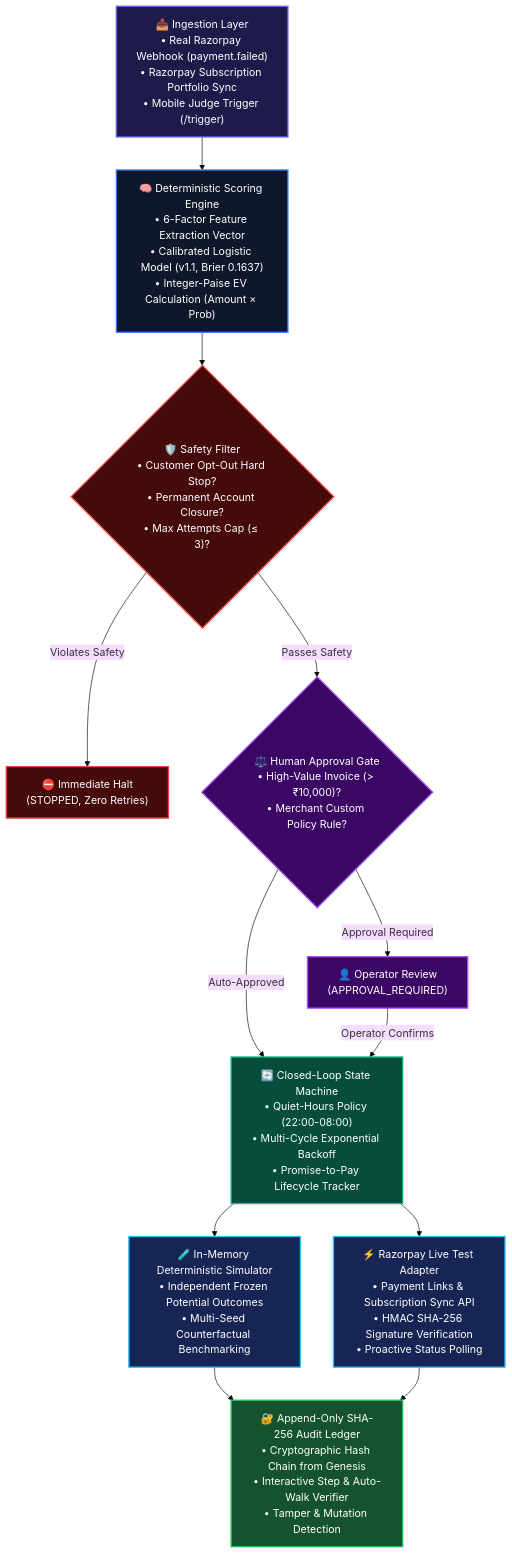
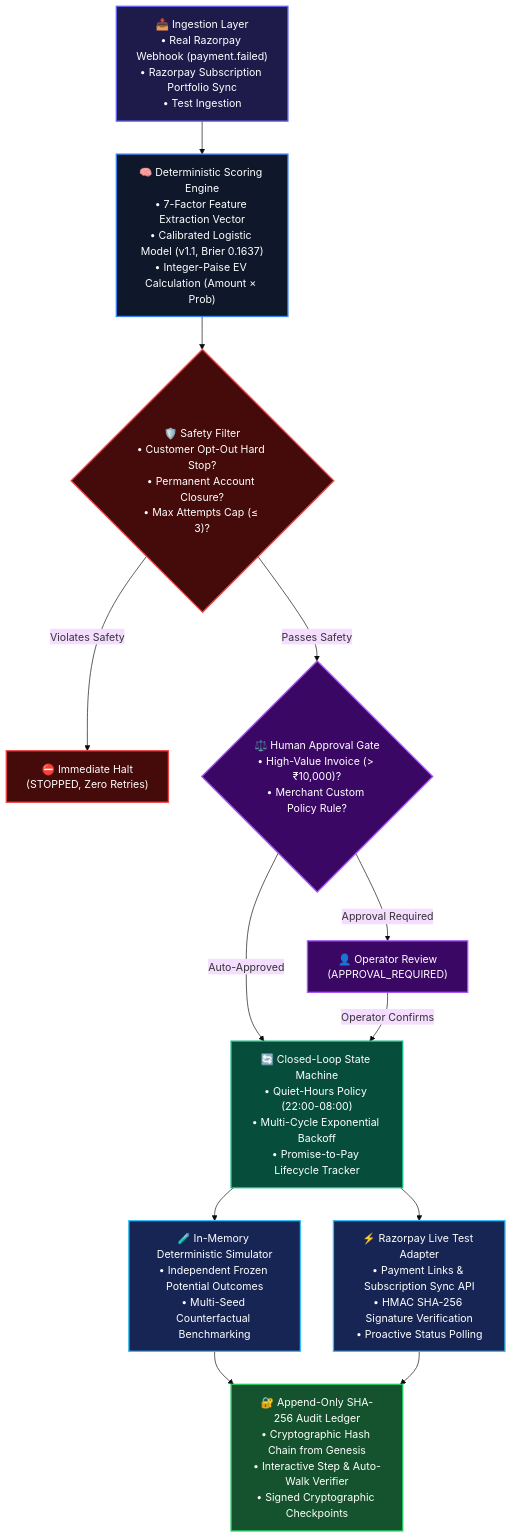
The first of 2 diagrams in docs/ARCHITECTURE.md (skmdshariff143-ai/recoverflow-ai), drawn with Mermaid (base theme) before and after one commit. The commit also changed other lines of this file and 6 other files, not shown here.

Commit message:
docs: overhaul portfolio documentation, architecture, threat model, and interview prep

````diff
--- a/docs/ARCHITECTURE.md
+++ b/docs/ARCHITECTURE.md
@@ -11,42 +20,42 @@
 ```mermaid
 flowchart TD
     classDef startNode fill:#1e1b4b,stroke:#6366f1,stroke-width:2px,color:#fff;
     classDef engineNode fill:#0f172a,stroke:#3b82f6,stroke-width:2px,color:#fff;
     classDef safetyNode fill:#450a0a,stroke:#ef4444,stroke-width:2px,color:#fff;
     classDef gateNode fill:#3b0764,stroke:#a855f7,stroke-width:2px,color:#fff;
     classDef stateNode fill:#064e3b,stroke:#10b981,stroke-width:2px,color:#fff;
     classDef branch fill:#172554,stroke:#38bdf8,stroke-width:2px,color:#fff;
     classDef ledgerNode fill:#14532d,stroke:#22c55e,stroke-width:2px,color:#fff;
 
-    A["📥 Ingestion Layer<br/>• Real Razorpay Webhook (payment.failed)<br/>• Razorpay Subscription Portfolio Sync<br/>• Mobile Judge Trigger (/trigger)"]:::startNode
+    A["📥 Ingestion Layer<br/>• Real Razorpay Webhook (payment.failed)<br/>• Razorpay Subscription Portfolio Sync<br/>• Test Ingestion"]:::startNode
     
-    B["🧠 Deterministic Scoring Engine<br/>• 6-Factor Feature Extraction Vector<br/>• Calibrated Logistic Model (v1.1, Brier 0.1637)<br/>• Integer-Paise EV Calculation (Amount × Prob)"]:::engineNode
+    B["🧠 Deterministic Scoring Engine<br/>• 7-Factor Feature Extraction Vector<br/>• Calibrated Logistic Model (v1.1, Brier 0.1637)<br/>• Integer-Paise EV Calculation (Amount × Prob)"]:::engineNode
 
     C{"🛡️ Safety Filter<br/>• Customer Opt-Out Hard Stop?<br/>• Permanent Account Closure?<br/>• Max Attempts Cap (≤ 3)?"}:::safetyNode
 
     D["⛔ Immediate Halt<br/>(STOPPED, Zero Retries)"]:::safetyNode
 
     E{"⚖️ Human Approval Gate<br/>• High-Value Invoice (> ₹10,000)?<br/>• Merchant Custom Policy Rule?"}:::gateNode
 
     F["👤 Operator Review<br/>(APPROVAL_REQUIRED)"]:::gateNode
 
     G["🔄 Closed-Loop State Machine<br/>• Quiet-Hours Policy (22:00-08:00)<br/>• Multi-Cycle Exponential Backoff<br/>• Promise-to-Pay Lifecycle Tracker"]:::stateNode
 
     H1["🧪 In-Memory Deterministic Simulator<br/>• Independent Frozen Potential Outcomes<br/>• Multi-Seed Counterfactual Benchmarking"]:::branch
 
     H2["⚡ Razorpay Live Test Adapter<br/>• Payment Links & Subscription Sync API<br/>• HMAC SHA-256 Signature Verification<br/>• Proactive Status Polling"]:::branch
 
-    I["🔐 Append-Only SHA-256 Audit Ledger<br/>• Cryptographic Hash Chain from Genesis<br/>• Interactive Step & Auto-Walk Verifier<br/>• Tamper & Mutation Detection"]:::ledgerNode
+    I["🔐 Append-Only SHA-256 Audit Ledger<br/>• Cryptographic Hash Chain from Genesis<br/>• Interactive Step & Auto-Walk Verifier<br/>• Signed Cryptographic Checkpoints"]:::ledgerNode
 
     A --> B
     B --> C
     C -- "Violates Safety" --> D
     C -- "Passes Safety" --> E
     E -- "Approval Required" --> F
     E -- "Auto-Approved" --> G
     F -- "Operator Confirms" --> G
     G --> H1
     G --> H2
     H1 --> I
     H2 --> I
 ```
````
